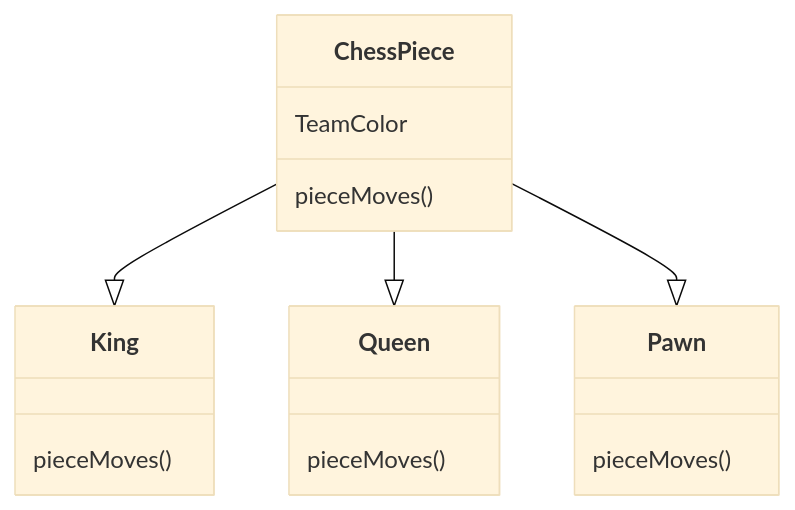
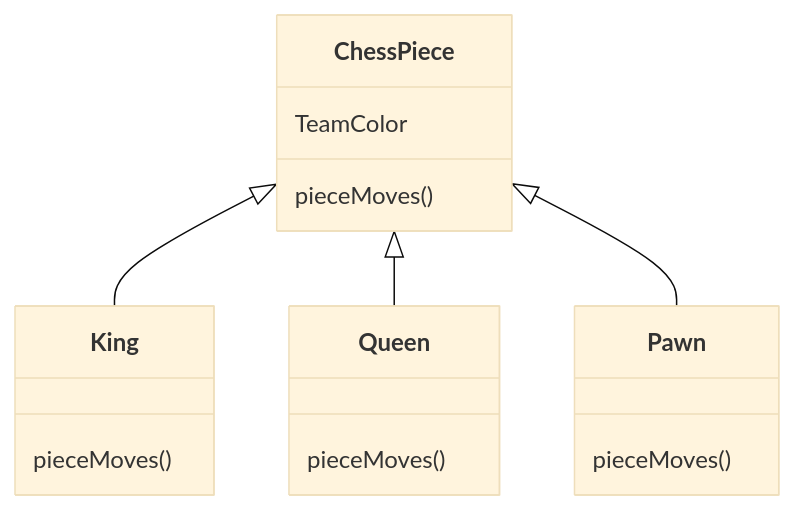
The second of 4 diagrams in instruction/interfaces-abstract-classes/interfaces-and-abstract-classes.md (softwareconstruction240/softwareconstruction), drawn with Mermaid (base theme) before and after one commit. The commit also changed other lines of this file, not shown here.

Commit message:
fix(abstraction) uml diagrams

````diff
--- a/instruction/interfaces-abstract-classes/interfaces-and-abstract-classes.md
+++ b/instruction/interfaces-abstract-classes/interfaces-and-abstract-classes.md
@@ -271,24 +271,24 @@
 ```mermaid
 classDiagram
 
     class ChessPiece {
         TeamColor
         pieceMoves()
     }
 
-    ChessPiece --|> King
-    ChessPiece --|> Queen
-    ChessPiece --|> Pawn
+    ChessPiece <|-- King
+    ChessPiece <|-- Queen
+    ChessPiece <|-- Pawn
 
     class King {
         pieceMoves()
     }
     class Queen {
         pieceMoves()
     }
 
     class Pawn {
         pieceMoves()
     }
 
 ```
````
